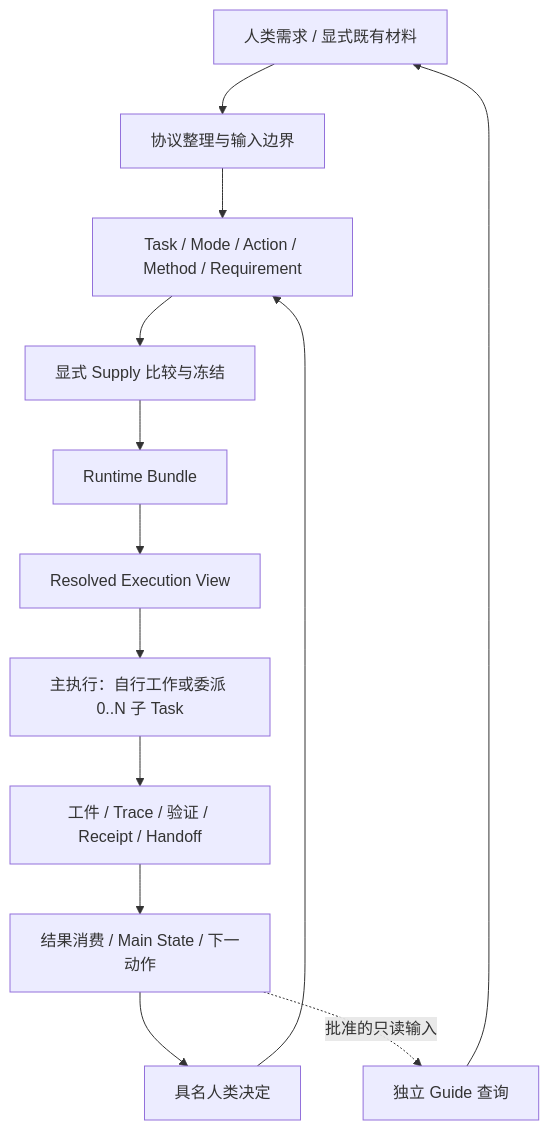
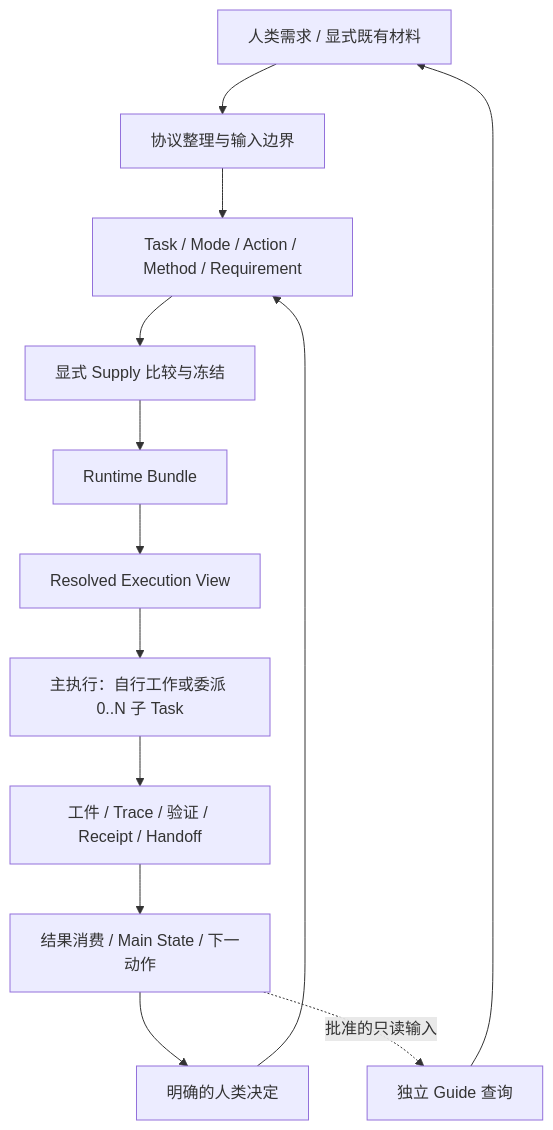
The diagram in docs/DEVELOPER_ARCHITECTURE_MAP.md (Chengyue-Lu/research-agent-workbench), drawn with Mermaid before and after one commit. The commit also changed other lines of this file and 59 other files, not shown here.

````diff
--- a/docs/DEVELOPER_ARCHITECTURE_MAP.md
+++ b/docs/DEVELOPER_ARCHITECTURE_MAP.md
@@ -24,15 +24,15 @@
 ```mermaid
 flowchart TB
     H["人类需求 / 显式既有材料"] --> I["协议整理与输入边界"]
     I --> P["Task / Mode / Action / Method / Requirement"]
     P --> C["显式 Supply 比较与冻结"]
     C --> B["Runtime Bundle"]
     B --> V["Resolved Execution View"]
     V --> X["主执行：自行工作或委派 0..N 子 Task"]
     X --> O["工件 / Trace / 验证 / Receipt / Handoff"]
     O --> M["结果消费 / Main State / 下一动作"]
-    M --> D["具名人类决定"]
+    M --> D["明确的人类决定"]
     D --> P
     M -. "批准的只读输入" .-> G["独立 Guide 查询"]
     G --> H
 ```
````
